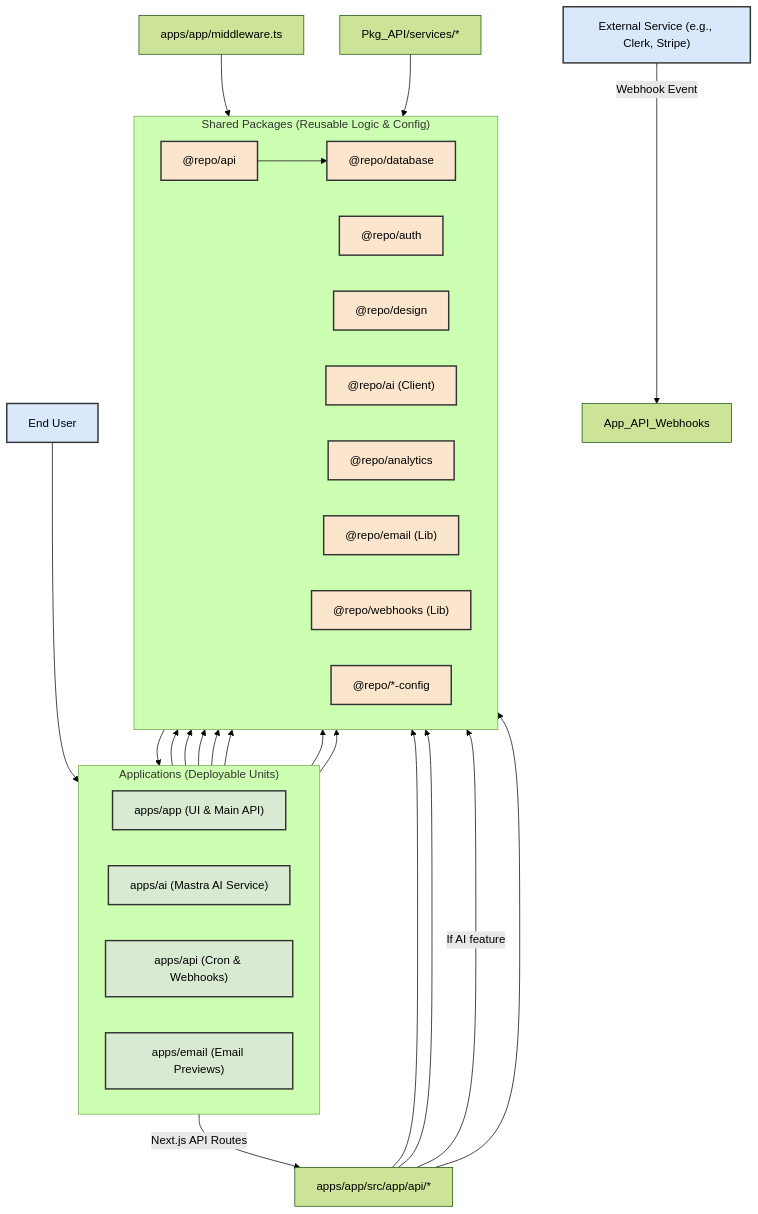
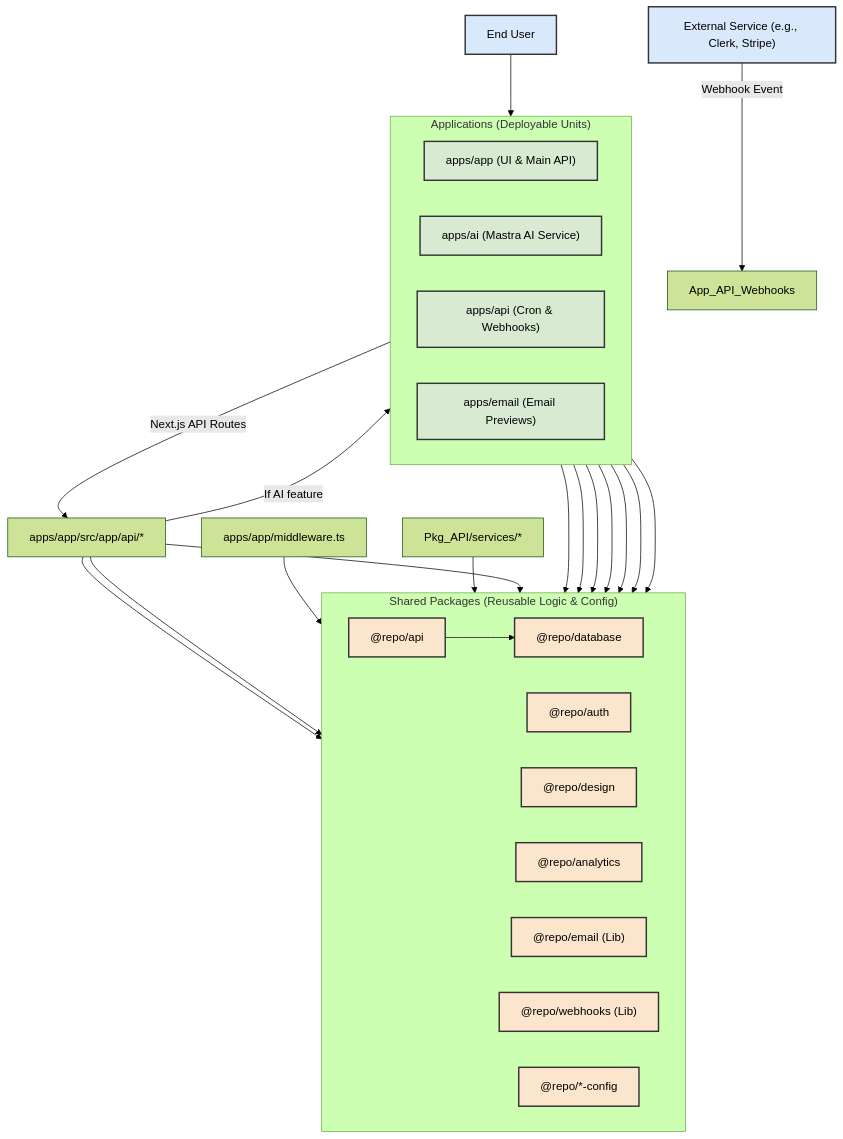
The diagram in CLAUDE.md (lnittman/turbokit), drawn with Mermaid (forest theme) before and after one commit.

Commit message:
remove ai pkg reference

````diff
--- a/CLAUDE.md
+++ b/CLAUDE.md
@@ -19,63 +19,61 @@
 ```mermaid
 graph TD
     subgraph "Applications (Deployable Units)"
         direction LR
         App_Frontend["apps/app (UI & Main API)"]
         App_AI["apps/ai (Mastra AI Service)"]
         App_API_Standalone["apps/api (Cron & Webhooks)"]
         App_Email["apps/email (Email Previews)"]
     end
 
     subgraph "Shared Packages (Reusable Logic & Config)"
         direction LR
         Pkg_API["@repo/api"]
         Pkg_DB["@repo/database"]
         Pkg_Auth["@repo/auth"]
         Pkg_Design["@repo/design"]
-        Pkg_AI_Client["@repo/ai (Client)"]
         Pkg_Analytics["@repo/analytics"]
         Pkg_Email_Lib["@repo/email (Lib)"]
         Pkg_Webhooks_Lib["@repo/webhooks (Lib)"]
         Pkg_Config["@repo/*-config"]
     end
 
     %% Core Data Flow
     User["End User"] --> App_Frontend
     App_Frontend -->|Next.js API Routes| App_API_Main["apps/app/src/app/api/*"]
     App_API_Main --> Pkg_API
     App_API_Standalone --> Pkg_API
     Pkg_API --> Pkg_DB
 
     %% Authentication Flow
     App_Frontend --> Pkg_Auth
     App_API_Main --> Pkg_Auth
     App_API_Standalone --> Pkg_Auth
     App_Middleware["apps/app/middleware.ts"] --> Pkg_Auth
 
     %% AI Flow
-    App_API_Main -->|If AI feature| Pkg_AI_Client
-    Pkg_AI_Client --> App_AI
+    App_API_Main -->|If AI feature| App_AI
 
     %% UI and Styling
     App_Frontend --> Pkg_Design
 
     %% Email Flow
     Pkg_API_Services["Pkg_API/services/*"] --> Pkg_Email_Lib
     App_Email --> Pkg_Email_Lib
 
     %% Webhook Ingestion
     External_Service["External Service (e.g., Clerk, Stripe)"] -->|Webhook Event| App_API_Webhooks
 
     %% Analytics
     App_Frontend --> Pkg_Analytics
     App_API_Main --> Pkg_Analytics
     App_API_Standalone --> Pkg_Analytics
 
     classDef app fill:#D9EAD3,stroke:#333,stroke-width:2px;
     classDef pkg fill:#FCE5CD,stroke:#333,stroke-width:2px;
     classDef ext fill:#DAE8FC,stroke:#333,stroke-width:2px;
 
     class App_Frontend,App_AI,App_API_Standalone,App_Email app;
-    class Pkg_API,Pkg_DB,Pkg_Auth,Pkg_Design,Pkg_AI_Client,Pkg_Analytics,Pkg_Email_Lib,Pkg_Webhooks_Lib,Pkg_Config pkg;
+    class Pkg_API,Pkg_DB,Pkg_Auth,Pkg_Design,Pkg_Analytics,Pkg_Email_Lib,Pkg_Webhooks_Lib,Pkg_Config pkg;
     class User,External_Service ext;
 ```
````
